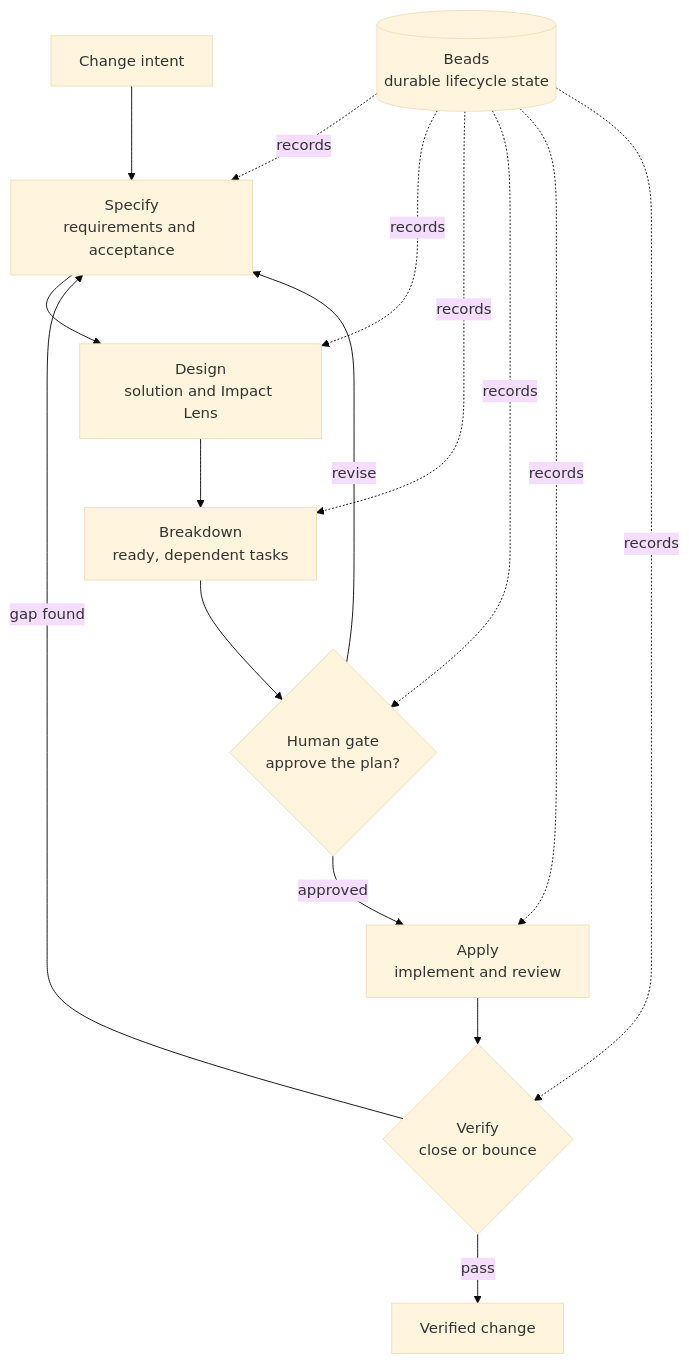
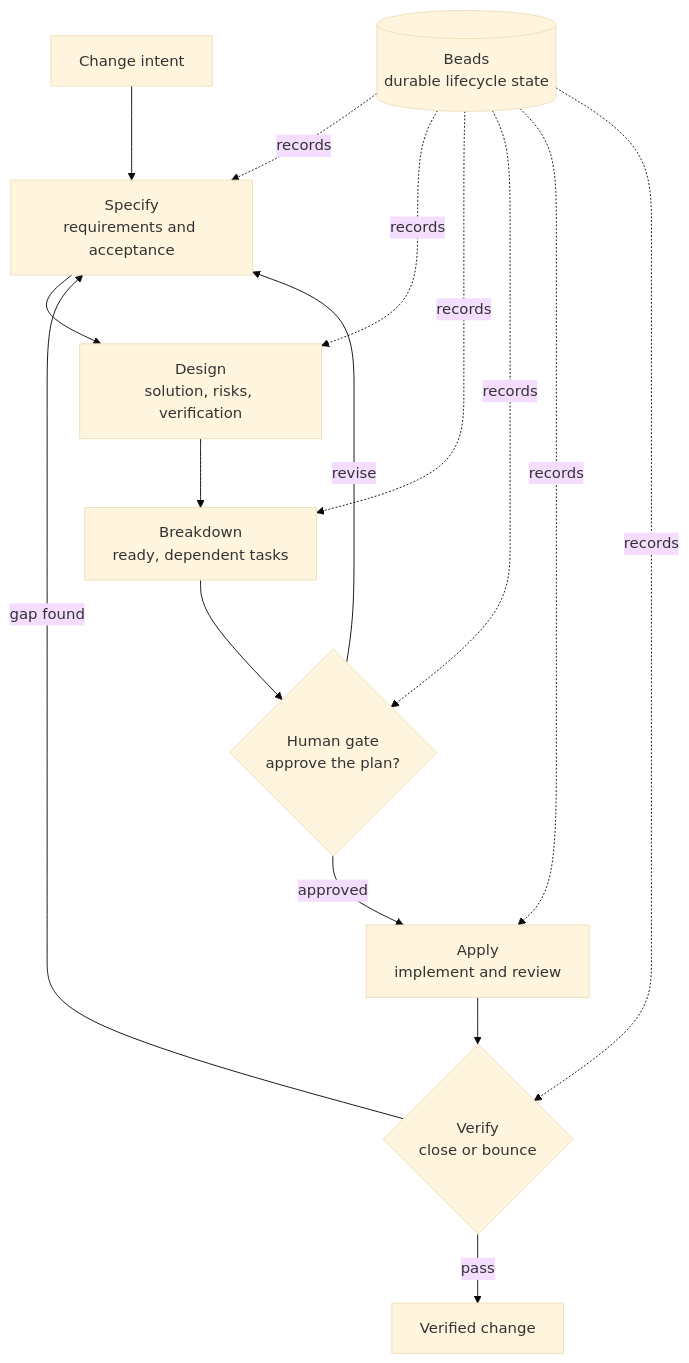
The first of 2 diagrams in README.md (baldaworks/prism), drawn with Mermaid (base theme) before and after one commit. The commit also changed other lines of this file and 54 other files, not shown here.

````diff
--- a/README.md
+++ b/README.md
@@ -16,20 +16,20 @@
 ```mermaid
 flowchart TB
     I["Change intent"] --> S["Specify<br/>requirements and acceptance"]
-    S --> D["Design<br/>solution and Impact Lens"]
+    S --> D["Design<br/>solution, risks, verification"]
     D --> B["Breakdown<br/>ready, dependent tasks"]
     B --> H{"Human gate<br/>approve the plan?"}
     H -->|approved| A["Apply<br/>implement and review"]
     H -->|revise| S
     A --> V{"Verify<br/>close or bounce"}
     V -->|pass| C["Verified change"]
     V -->|gap found| S
 
     DB[("Beads<br/>durable lifecycle state")]
     DB -. records .-> S
     DB -. records .-> D
     DB -. records .-> B
     DB -. records .-> H
     DB -. records .-> A
     DB -. records .-> V
 ```
````
